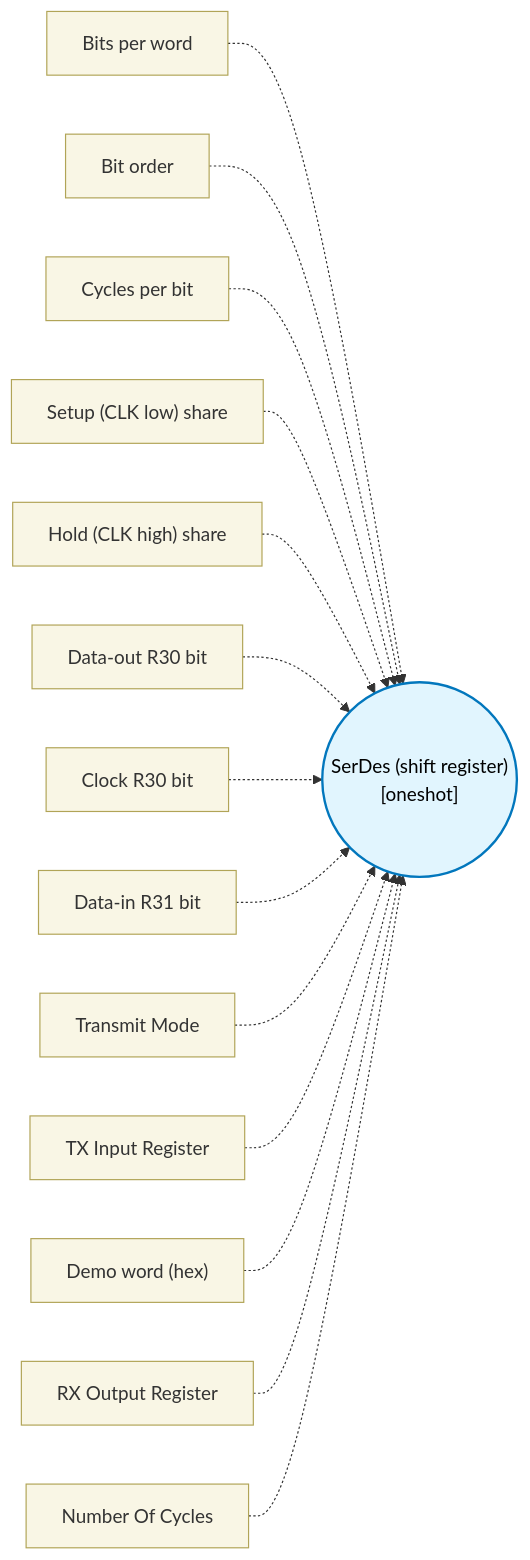
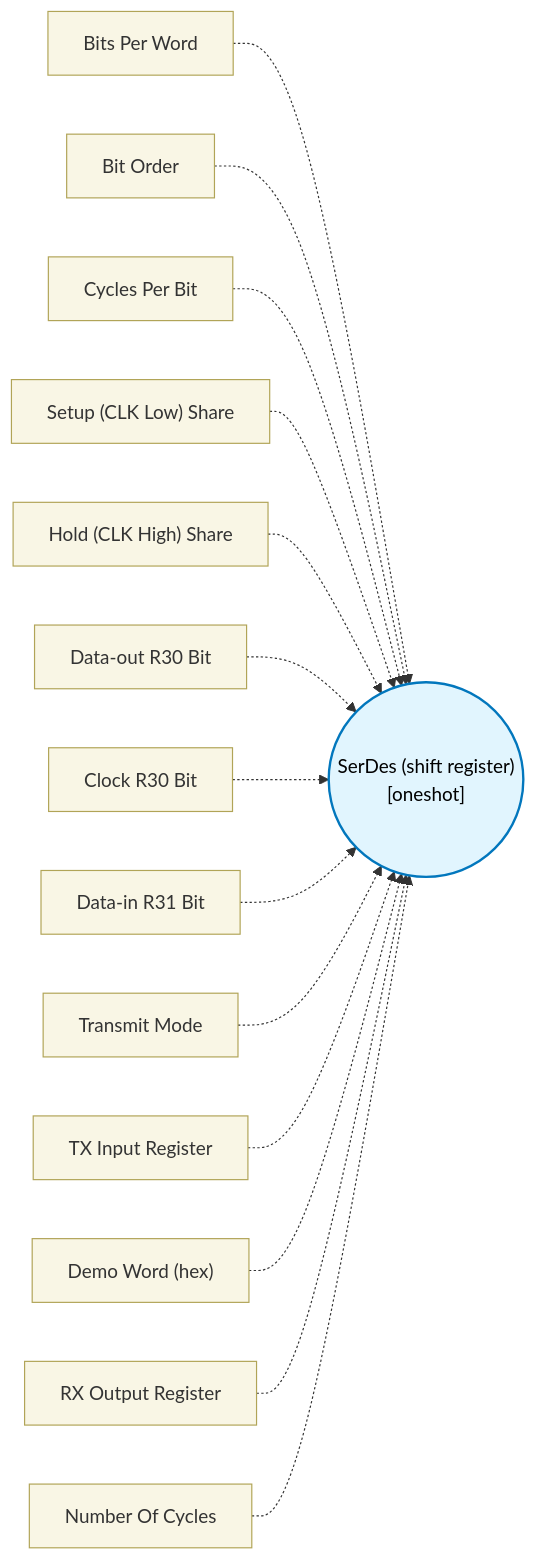
Before and after one commit to TexasInstruments/pru-no-code-tool: the diagram in docs/block-reference/blocks/serdes_block/design.md, drawn with Mermaid. The commit also changed other lines of this file and 89 other files, not shown here.

````diff
--- a/docs/block-reference/blocks/serdes_block/design.md
+++ b/docs/block-reference/blocks/serdes_block/design.md
@@ -39,19 +39,19 @@
 ```mermaid
 flowchart LR
   classDef config fill:#f9f6e5,stroke:#b1a457,stroke-width:1px,color:#333;
   classDef core fill:#e1f5fe,stroke:#0277bd,stroke-width:2px,color:#000;
   CORE(("SerDes (shift register)\n[oneshot]")):::core
-  CFG0["Bits per word"]:::config -.-> CORE
-  CFG1["Bit order"]:::config -.-> CORE
-  CFG2["Cycles per bit"]:::config -.-> CORE
-  CFG3["Setup (CLK low) share"]:::config -.-> CORE
-  CFG4["Hold (CLK high) share"]:::config -.-> CORE
-  CFG5["Data-out R30 bit"]:::config -.-> CORE
-  CFG6["Clock R30 bit"]:::config -.-> CORE
-  CFG7["Data-in R31 bit"]:::config -.-> CORE
+  CFG0["Bits Per Word"]:::config -.-> CORE
+  CFG1["Bit Order"]:::config -.-> CORE
+  CFG2["Cycles Per Bit"]:::config -.-> CORE
+  CFG3["Setup (CLK Low) Share"]:::config -.-> CORE
+  CFG4["Hold (CLK High) Share"]:::config -.-> CORE
+  CFG5["Data-out R30 Bit"]:::config -.-> CORE
+  CFG6["Clock R30 Bit"]:::config -.-> CORE
+  CFG7["Data-in R31 Bit"]:::config -.-> CORE
   CFG8["Transmit Mode"]:::config -.-> CORE
   CFG9["TX Input Register"]:::config -.-> CORE
-  CFG10["Demo word (hex)"]:::config -.-> CORE
+  CFG10["Demo Word (hex)"]:::config -.-> CORE
   CFG11["RX Output Register"]:::config -.-> CORE
   CFG12["Number Of Cycles"]:::config -.-> CORE
 ```
````
